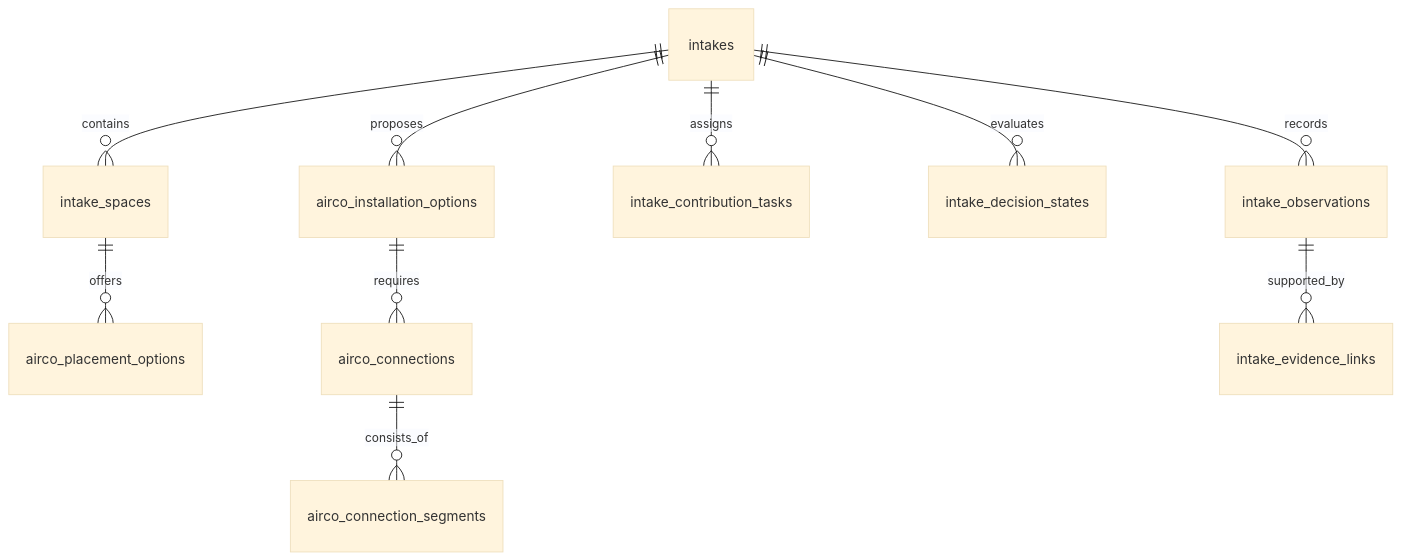
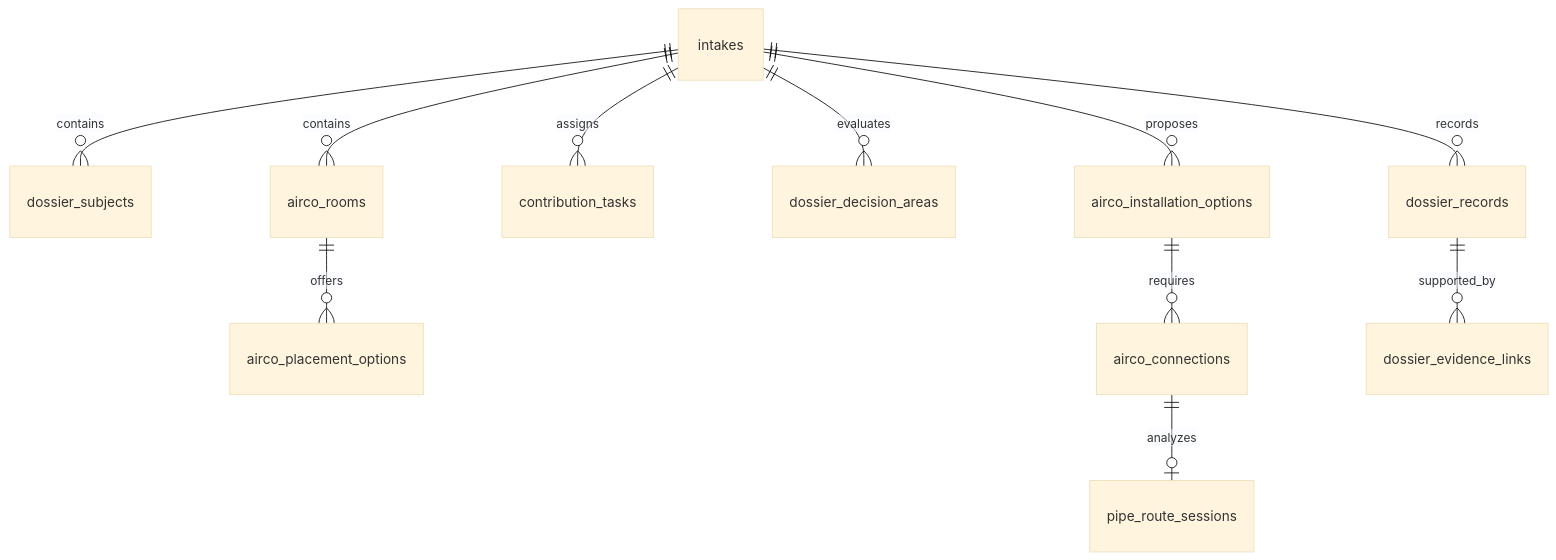
Before and after one commit to JorisPaarde/intake-engine: the first of 2 diagrams in docs/database.md, drawn with Mermaid (base theme). The commit also changed other lines of this file and 118 other files, not shown here.

Commit message:
Implement central survey dossier and remote airco workflows (#55)

````diff
--- a/docs/database.md
+++ b/docs/database.md
@@ -68,12 +81,13 @@
 ```mermaid
 erDiagram
-    intakes ||--o{ intake_spaces : contains
-    intakes ||--o{ intake_observations : records
-    intakes ||--o{ intake_contribution_tasks : assigns
-    intakes ||--o{ intake_decision_states : evaluates
-    intake_spaces ||--o{ airco_placement_options : offers
+    intakes ||--o{ dossier_subjects : contains
+    intakes ||--o{ dossier_records : records
+    intakes ||--o{ contribution_tasks : assigns
+    intakes ||--o{ dossier_decision_areas : evaluates
+    intakes ||--o{ airco_rooms : contains
+    airco_rooms ||--o{ airco_placement_options : offers
     intakes ||--o{ airco_installation_options : proposes
     airco_installation_options ||--o{ airco_connections : requires
-    airco_connections ||--o{ airco_connection_segments : consists_of
-    intake_observations ||--o{ intake_evidence_links : supported_by
+    airco_connections ||--o| pipe_route_sessions : analyzes
+    dossier_records ||--o{ dossier_evidence_links : supported_by
 ```
````
